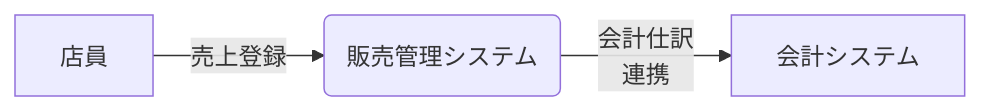
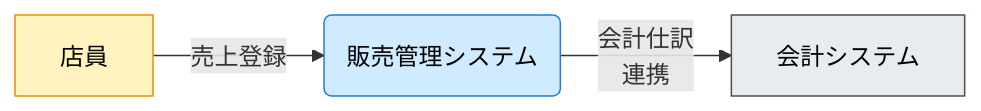
Before and after one commit to naoji3x/grandma-candy-shop: the seventh of 9 diagrams in docs/project/030-アーキテクチャ/010-C4コンテキスト図/cxd-mermaid-rules.md, drawn with Mermaid. The commit also changed other lines of this file, not shown here.

````diff
--- a/docs/project/030-アーキテクチャ/010-C4コンテキスト図/cxd-mermaid-rules.md
+++ b/docs/project/030-アーキテクチャ/010-C4コンテキスト図/cxd-mermaid-rules.md
@@ -107,5 +170,12 @@
 ```mermaid
 flowchart LR
-店員["店員"] -->|"売上登録"| 販売管理システム("販売管理システム")
-販売管理システム -->|"会計仕訳<br>連携"| 会計システム["会計システム"]
+  店員["店員"] -->|"売上登録"| 販売管理システム("販売管理システム")
+  販売管理システム -->|"会計仕訳<br>連携"| 会計システム["会計システム"]
+
+  classDef person fill:#fff3bf,stroke:#f08c00,color:#000;
+  classDef system fill:#d0ebff,stroke:#1c7ed6,color:#000;
+  classDef external fill:#e9ecef,stroke:#495057,color:#000;
+  class 店員 person;
+  class 販売管理システム system;
+  class 会計システム external;
 ```
````
